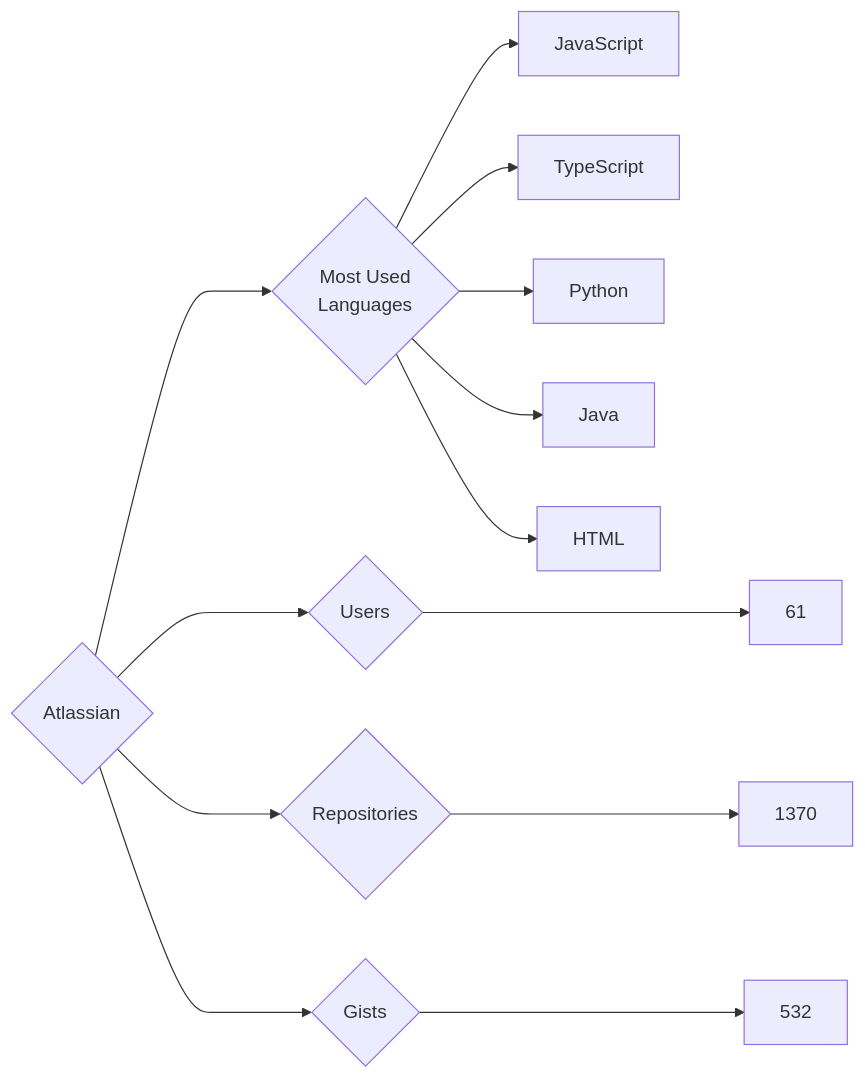
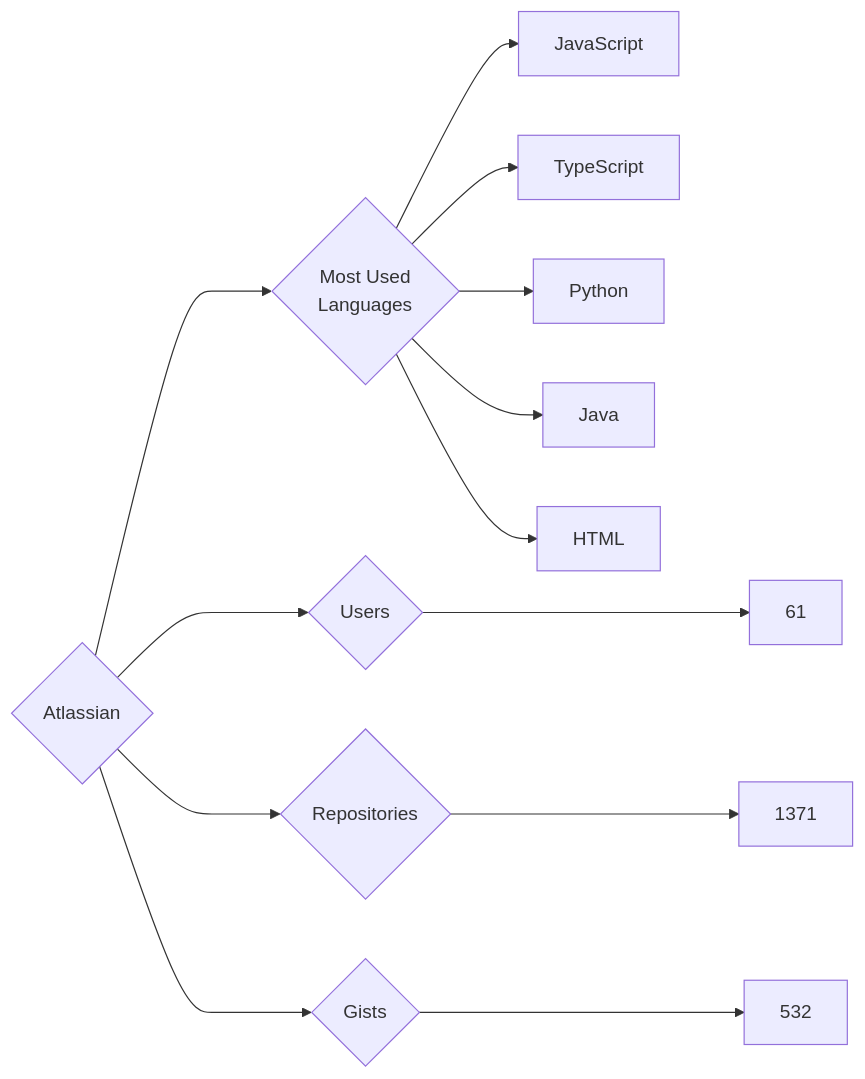
The diagram in targets/Atlassian/README.md (trickest/insiders), drawn with Mermaid before and after one commit. The commit also changed 681 other files, not shown here.

````diff
--- a/targets/Atlassian/README.md
+++ b/targets/Atlassian/README.md
@@ -3,13 +3,13 @@
 ```mermaid
 graph LR
 COMPANY_NAME{Atlassian}
 COMPANY_NAME ---> U{Users} ---> UN[61]
-COMPANY_NAME ---> R{Repositories} ---> RN[1370]
+COMPANY_NAME ---> R{Repositories} ---> RN[1371]
 COMPANY_NAME ---> G{Gists} ---> GN[532]
 COMPANY_NAME ---> ML{Most Used<br>Languages}
 ML --> JavaScript[JavaScript]
 ML --> TypeScript[TypeScript]
 ML --> Python[Python]
 ML --> Java[Java]
 ML --> HTML[HTML]
 ```
````
